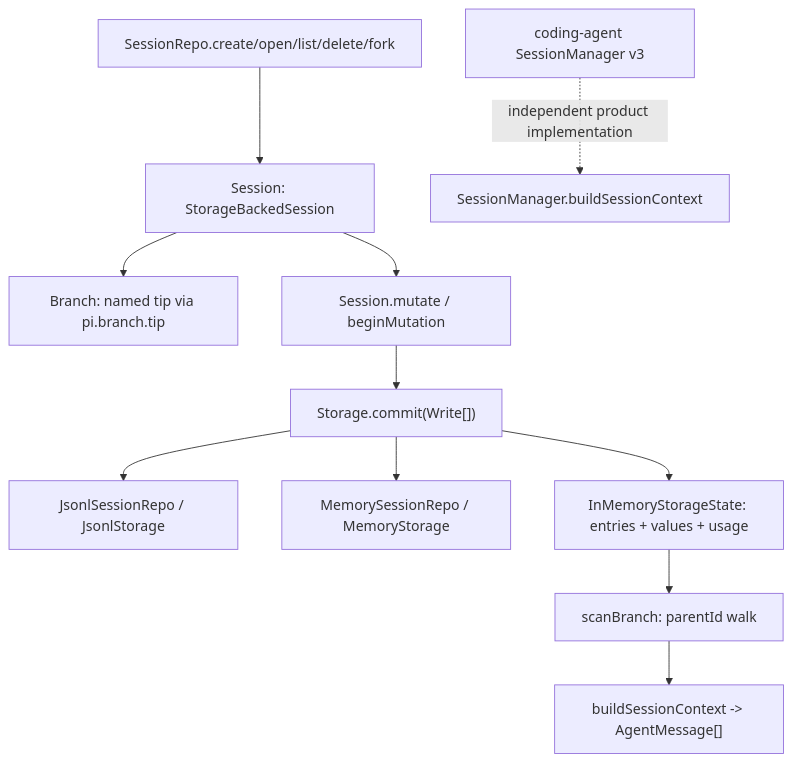
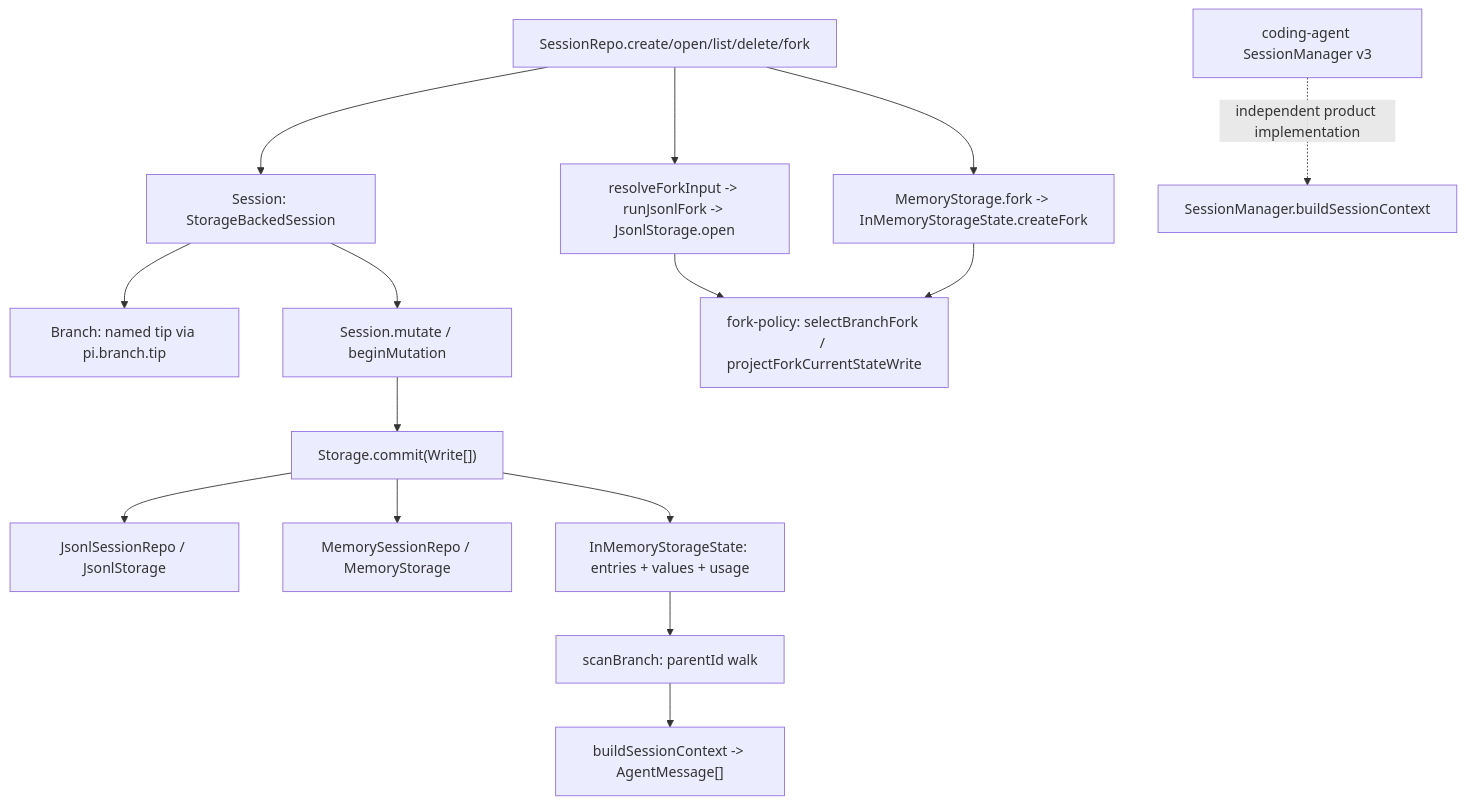
The diagram in docs/llm-wiki/pi/spine/session-state-model.md (wdnmdtonyma/SOTA-Agent-LLM-Wiki), drawn with Mermaid before and after one commit. The commit also changed other lines of this file and 210 other files, not shown here.

````diff
--- a/docs/llm-wiki/pi/spine/session-state-model.md
+++ b/docs/llm-wiki/pi/spine/session-state-model.md
@@ -59,13 +64,17 @@
 ```mermaid
 flowchart TD
     Repo["SessionRepo.create/open/list/delete/fork"] --> Sess["Session: StorageBackedSession"]
     Sess --> Branch["Branch: named tip via pi.branch.tip"]
     Sess --> Mut["Session.mutate / beginMutation"]
     Mut --> Store["Storage.commit(Write[])"]
     Store --> Jsonl["JsonlSessionRepo / JsonlStorage"]
     Store --> Mem["MemorySessionRepo / MemoryStorage"]
     Store --> State["InMemoryStorageState: entries + values + usage"]
+    Repo --> JsonlFork["resolveForkInput -> runJsonlFork -> JsonlStorage.open"]
+    Repo --> MemFork["MemoryStorage.fork -> InMemoryStorageState.createFork"]
+    JsonlFork --> Policy["fork-policy: selectBranchFork / projectForkCurrentStateWrite"]
+    MemFork --> Policy
     State --> Walk["scanBranch: parentId walk"]
     Walk --> Ctx["buildSessionContext -> AgentMessage[]"]
     CA["coding-agent SessionManager v3"] -. "independent product implementation" .-> ProductCtx["SessionManager.buildSessionContext"]
 ```
````
